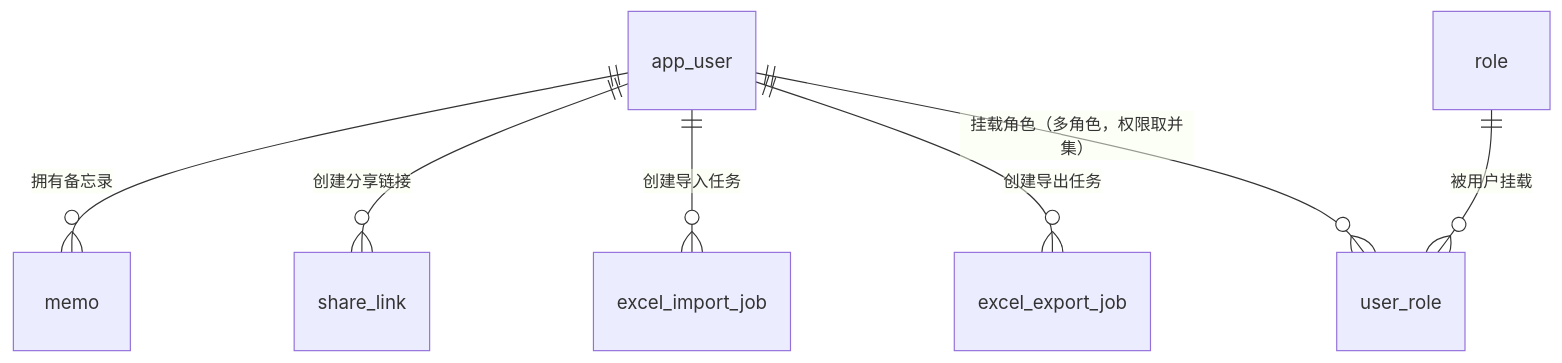
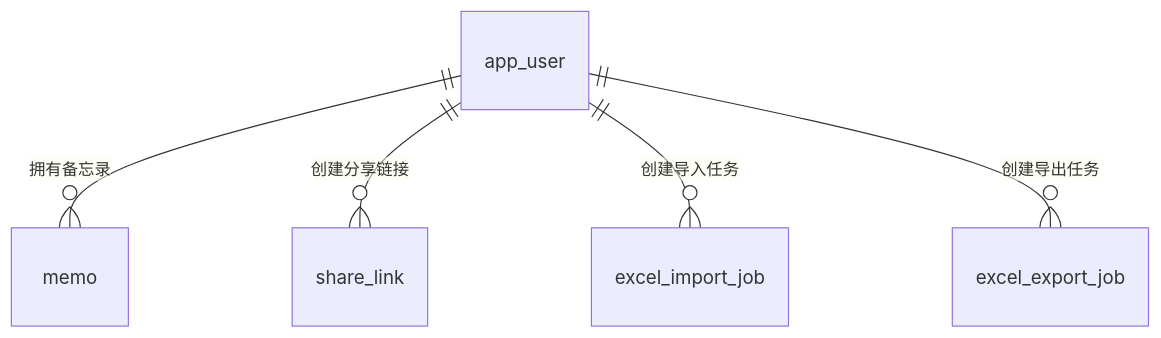
The seventh of 21 diagrams in docs/websites/pages/dev-data-model.md (Sakana-1314/Electrical-Manager), drawn with Mermaid before and after one commit. The commit also changed other lines of this file and 86 other files, not shown here.

````diff
--- a/docs/websites/pages/dev-data-model.md
+++ b/docs/websites/pages/dev-data-model.md
@@ -252,9 +249,7 @@
 ```mermaid
 erDiagram
     app_user ||--o{ memo : "拥有备忘录"
     app_user ||--o{ share_link : "创建分享链接"
     app_user ||--o{ excel_import_job : "创建导入任务"
     app_user ||--o{ excel_export_job : "创建导出任务"
-    app_user ||--o{ user_role : "挂载角色（多角色，权限取并集）"
-    role ||--o{ user_role : "被用户挂载"
 ```
````
